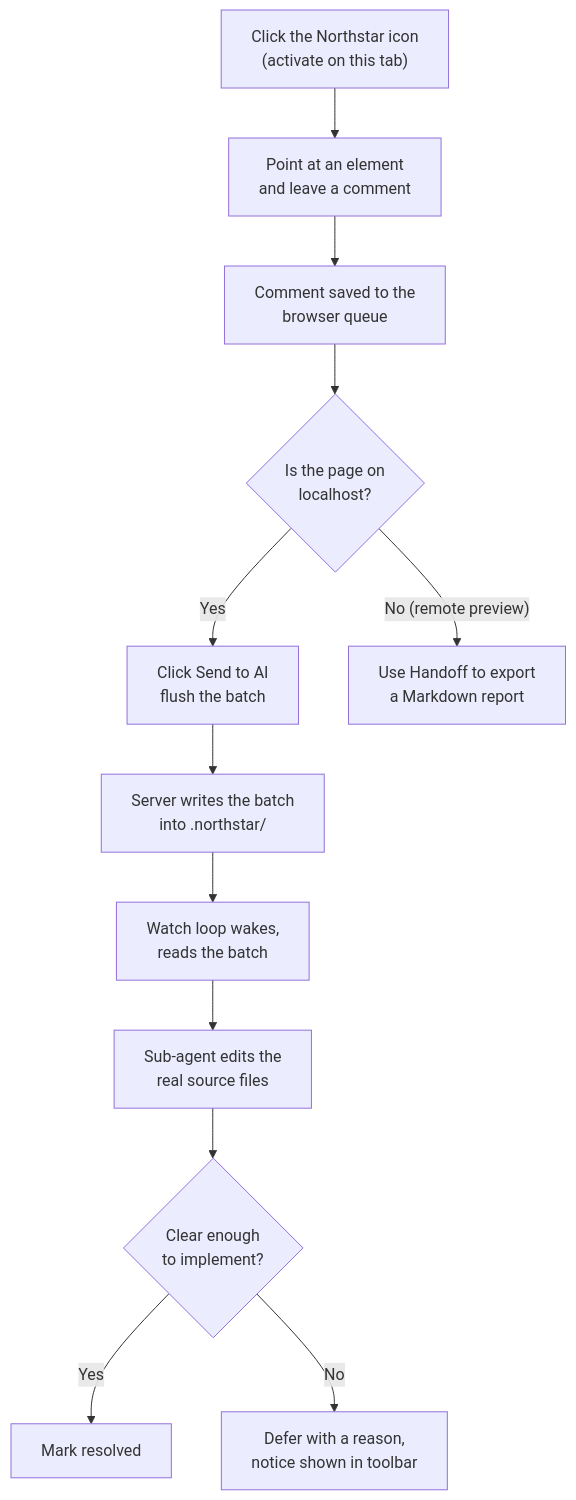
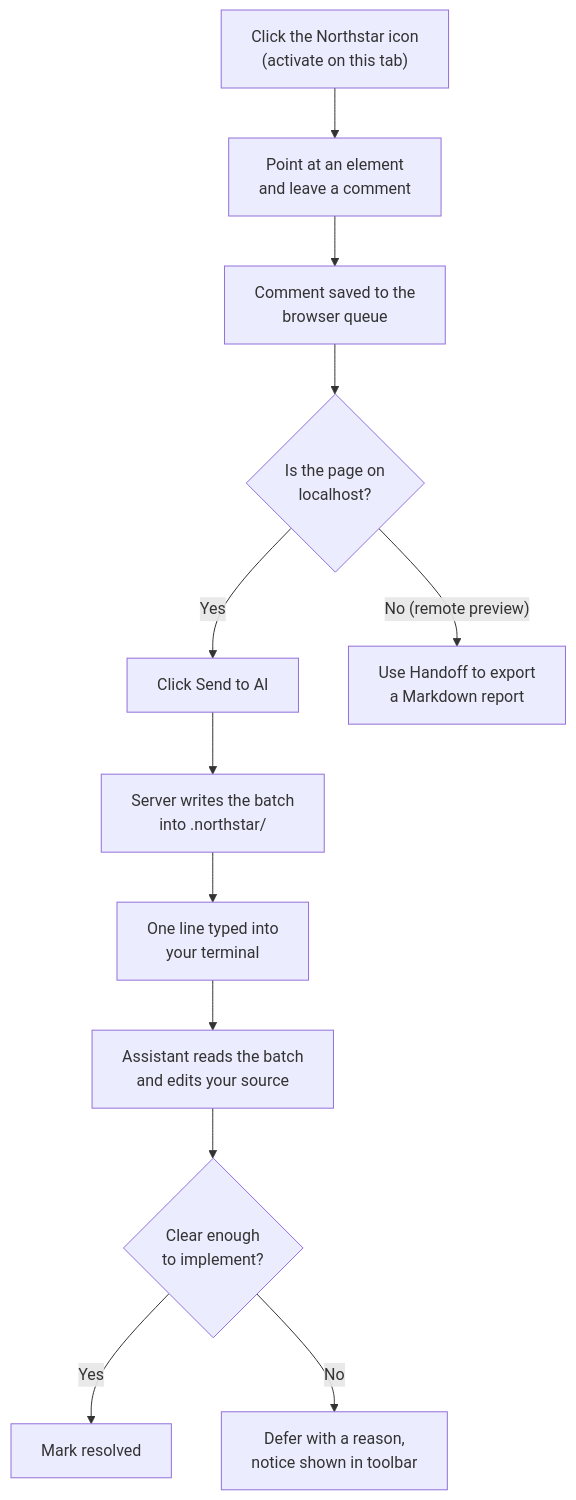
The first of 2 diagrams in docs/how-it-works.md (pallandir/claude-comments), drawn with Mermaid before and after one commit. The commit also changed other lines of this file and 16 other files, not shown here.

````diff
--- a/docs/how-it-works.md
+++ b/docs/how-it-works.md
@@ -21,14 +21,14 @@
 ```mermaid
 flowchart TD
     A["Click the Northstar icon<br/>(activate on this tab)"] --> B["Point at an element<br/>and leave a comment"]
     B --> C["Comment saved to the<br/>browser queue"]
     C --> D{"Is the page on<br/>localhost?"}
-    D -- "Yes" --> E["Click Send to AI<br/>flush the batch"]
+    D -- "Yes" --> E["Click Send to AI"]
     D -- "No (remote preview)" --> F["Use Handoff to export<br/>a Markdown report"]
     E --> G["Server writes the batch<br/>into .northstar/"]
-    G --> H["Watch loop wakes,<br/>reads the batch"]
-    H --> I["Sub-agent edits the<br/>real source files"]
+    G --> H["One line typed into<br/>your terminal"]
+    H --> I["Assistant reads the batch<br/>and edits your source"]
     I --> J{"Clear enough<br/>to implement?"}
     J -- "Yes" --> K["Mark resolved"]
     J -- "No" --> L["Defer with a reason,<br/>notice shown in toolbar"]
 ```
````
